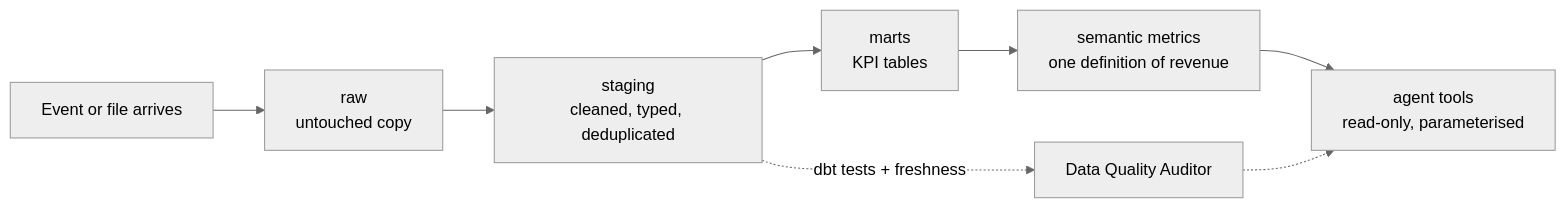
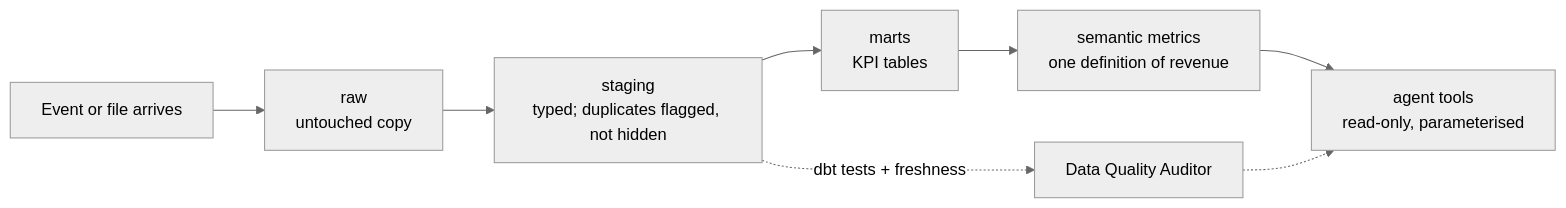
One commit to sabarishknight/metric-on-call changed the fifth of 7 diagrams in README.md. Above: the diagram before and after it, drawn with Mermaid (neutral theme). The commit also changed other lines of this file and 88 other files, not shown here.

````diff
--- a/README.md
+++ b/README.md
@@ -222,10 +239,10 @@
 ```mermaid
 flowchart LR
     A["Event or file arrives"] --> B["raw<br/>untouched copy"]
-    B --> C["staging<br/>cleaned, typed, deduplicated"]
+    B --> C["staging<br/>typed; duplicates flagged, not hidden"]
     C --> D["marts<br/>KPI tables"]
     D --> E["semantic metrics<br/>one definition of revenue"]
     E --> F["agent tools<br/>read-only, parameterised"]
     C -.->|"dbt tests + freshness"| Q["Data Quality Auditor"]
     Q -.-> F
 ```
````
